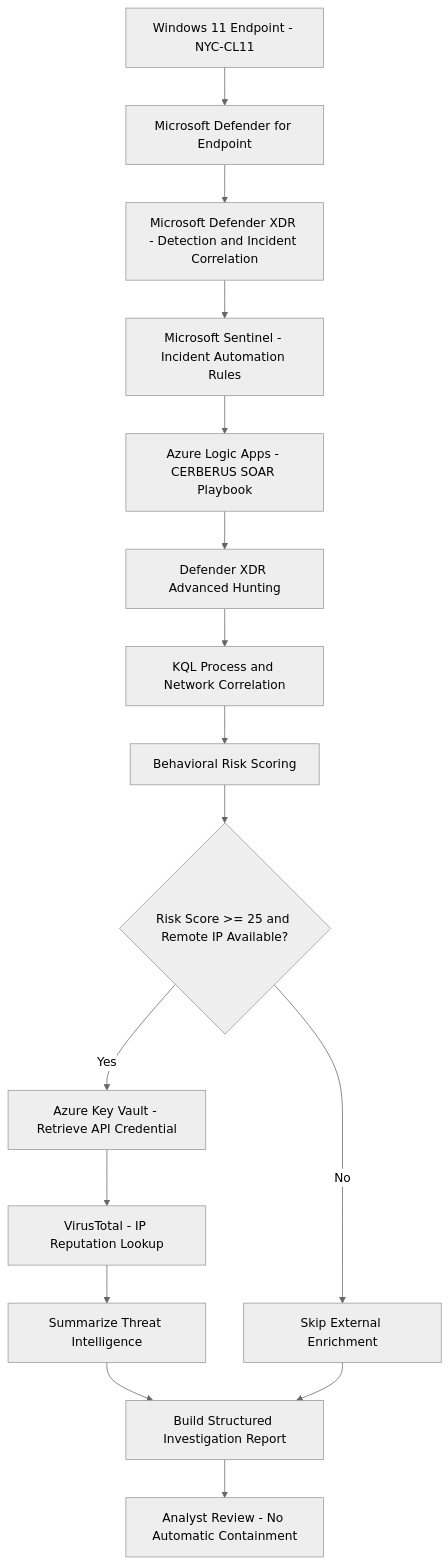
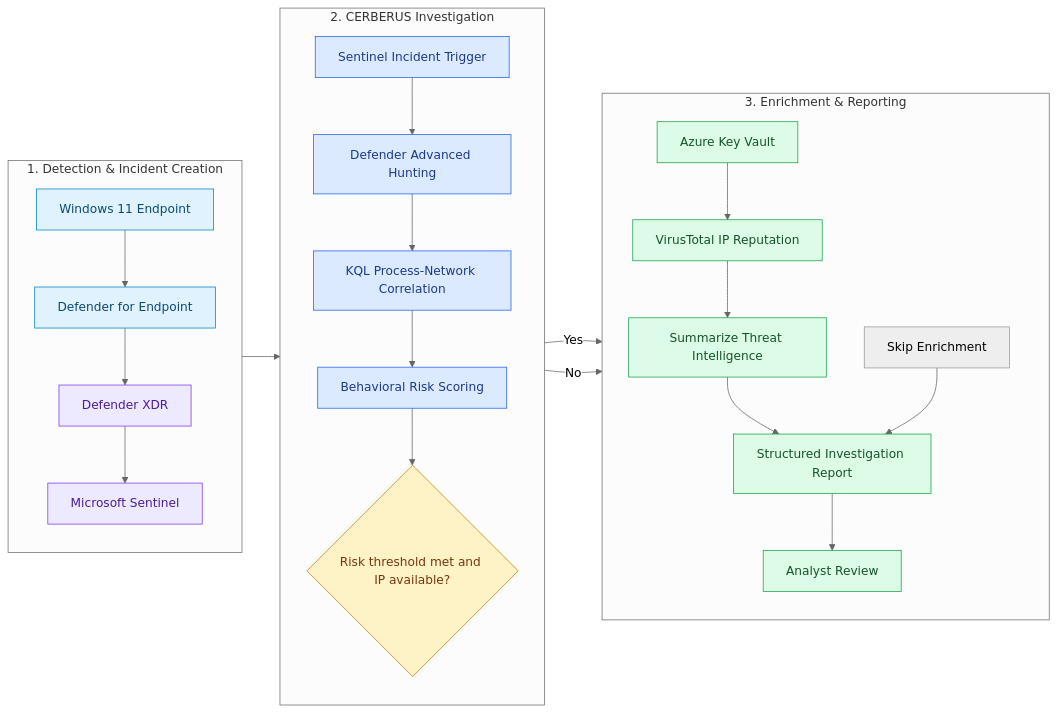
One commit to keeegz/azure-trenches changed the diagram in Microsoft-Sentinel/Lab9-CERBERUS-SOAR/docs/01-Architecture.md. Above: the diagram before and after it, drawn with Mermaid (neutral theme).

Commit message:
docs: improve CERBERUS architecture diagram with grouped workflow stages

````diff
--- a/Microsoft-Sentinel/Lab9-CERBERUS-SOAR/docs/01-Architecture.md
+++ b/Microsoft-Sentinel/Lab9-CERBERUS-SOAR/docs/01-Architecture.md
@@ -397,34 +397,52 @@
 ```mermaid
-flowchart TD
-    A["Windows 11 Endpoint - NYC-CL11"]
-    B["Microsoft Defender for Endpoint"]
-    C["Microsoft Defender XDR - Detection and Incident Correlation"]
-    D["Microsoft Sentinel - Incident Automation Rules"]
-    E["Azure Logic Apps - CERBERUS SOAR Playbook"]
-    F["Defender XDR Advanced Hunting"]
-    G["KQL Process and Network Correlation"]
-    H["Behavioral Risk Scoring"]
-    I{"Risk Score >= 25 and Remote IP Available?"}
-    J["Azure Key Vault - Retrieve API Credential"]
-    K["VirusTotal - IP Reputation Lookup"]
-    L["Summarize Threat Intelligence"]
-    M["Skip External Enrichment"]
-    N["Build Structured Investigation Report"]
-    O["Analyst Review - No Automatic Containment"]
 
-    A --> B
-    B --> C
-    C --> D
+flowchart LR
+    subgraph DET["1. Detection & Incident Creation"]
+        direction TB
+        A["Windows 11 Endpoint"]
+        B["Defender for Endpoint"]
+        C["Defender XDR"]
+        D["Microsoft Sentinel"]
+        A --> B --> C --> D
+    end
+
+    subgraph SOAR["2. CERBERUS Investigation"]
+        direction TB
+        E["Sentinel Incident Trigger"]
+        F["Defender Advanced Hunting"]
+        G["KQL Process-Network Correlation"]
+        H["Behavioral Risk Scoring"]
+        I{"Risk threshold met and IP available?"}
+        E --> F --> G --> H --> I
+    end
+
+    subgraph ENRICH["3. Enrichment & Reporting"]
+        direction TB
+        J["Azure Key Vault"]
+        K["VirusTotal IP Reputation"]
+        L["Summarize Threat Intelligence"]
+        M["Skip Enrichment"]
+        N["Structured Investigation Report"]
+        O["Analyst Review"]
+        J --> K --> L --> N
+        M --> N
+        N --> O
+    end
+
     D --> E
-    E --> F
-    F --> G
-    G --> H
-    H --> I
     I -->|Yes| J
-    J --> K
-    K --> L
-    L --> N
     I -->|No| M
-    M --> N
-    N --> O
+
+    classDef endpoint fill:#e0f2fe,stroke:#0284c7,color:#0c4a6e
+    classDef detection fill:#ede9fe,stroke:#7c3aed,color:#4c1d95
+    classDef investigation fill:#dbeafe,stroke:#2563eb,color:#1e3a8a
+    classDef intelligence fill:#dcfce7,stroke:#16a34a,color:#14532d
+    classDef decision fill:#fef3c7,stroke:#d97706,color:#78350f
+
+    class A,B endpoint
+    class C,D detection
+    class E,F,G,H investigation
+    class J,K,L,N,O intelligence
+    class I decision
+
 ```
````
